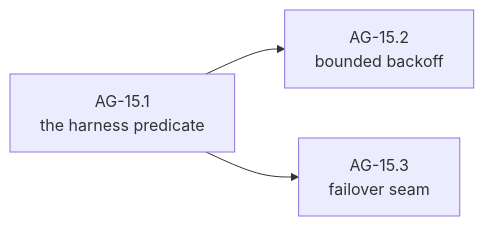
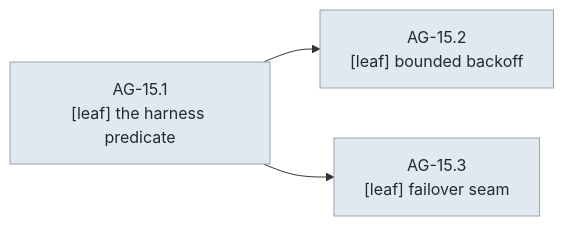
Diagram 18 of 28 in docs/architecture/milestones/0003-cachicamas-agent-layer-2-task-graph.md (witsaba/cachicamas), drawn with Mermaid before and after one commit. The commit also changed other lines of this file and 3 other files, not shown here.

````diff
--- a/docs/architecture/milestones/0003-cachicamas-agent-layer-2-task-graph.md
+++ b/docs/architecture/milestones/0003-cachicamas-agent-layer-2-task-graph.md
@@ -712,5 +1441,7 @@
 ```mermaid
 flowchart LR
-    L1["AG-15.1<br/>the harness predicate"] --> L2["AG-15.2<br/>bounded backoff"]
-    L1 --> L3["AG-15.3<br/>failover seam"]
+    L1N["AG-15.1<br/>[leaf] the harness predicate"] --> L2N["AG-15.2<br/>[leaf] bounded backoff"]
+    L1N --> L3N["AG-15.3<br/>[leaf] failover seam"]
+    classDef leaf fill:#e2e8f0,stroke:#94a3b8,color:#1f2937
+    class L1N,L2N,L3N leaf
 ```
````
